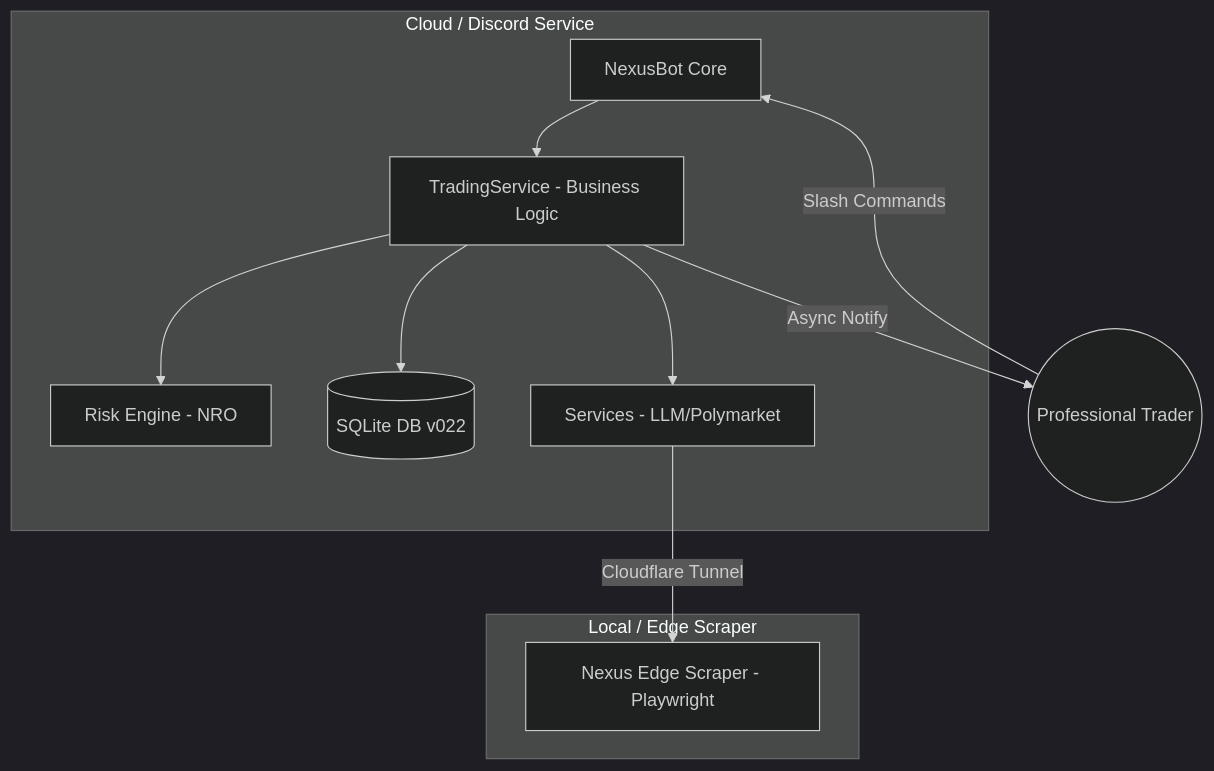
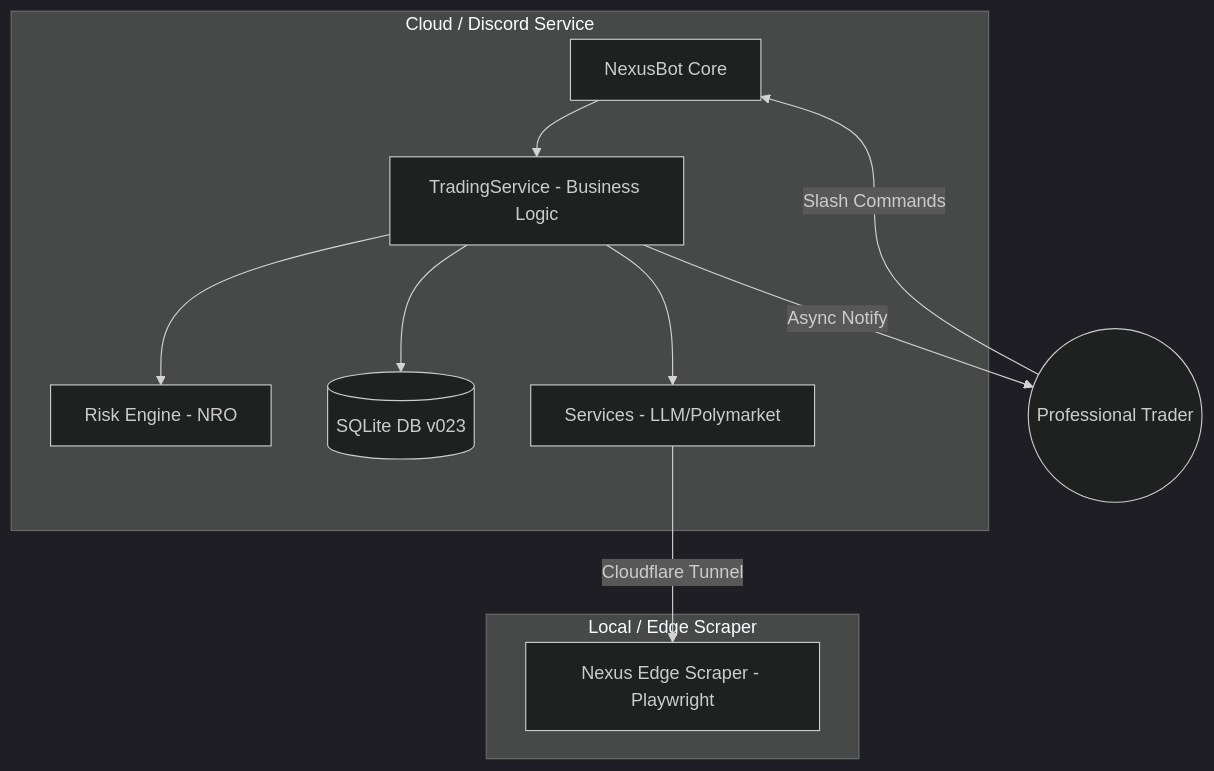
Before and after one commit to cosmo-chang-1701/nexus-seeker: the first of 2 diagrams in README.md, drawn with Mermaid (dark theme). The commit also changed other lines of this file and 13 other files, not shown here.

````diff
--- a/README.md
+++ b/README.md
@@ -35,22 +35,22 @@
 ```mermaid
 graph TD
     subgraph Cloud_Environment [Cloud / Discord Service]
         Bot[NexusBot Core]
         TS[TradingService - Business Logic]
         RE[Risk Engine - NRO]
-        DB[(SQLite DB v022)]
+        DB[(SQLite DB v023)]
         S[Services - LLM/Polymarket]
     end
 
     subgraph Edge_Environment [Local / Edge Scraper]
         ES[Nexus Edge Scraper - Playwright]
     end
 
     User((Professional Trader)) -- Slash Commands --> Bot
     Bot --> TS
     TS --> RE
     TS --> DB
     TS --> S
     S -- Cloudflare Tunnel --> ES
     TS -- Async Notify --> User
 ```
````
